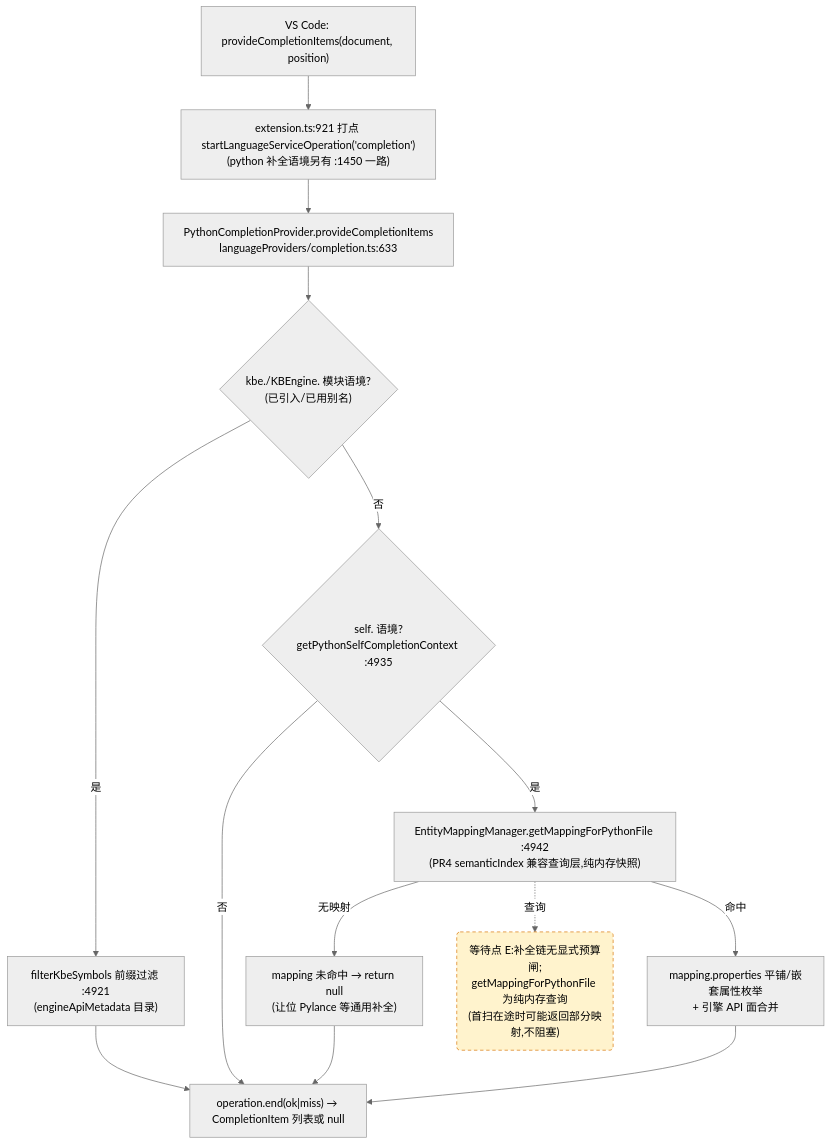
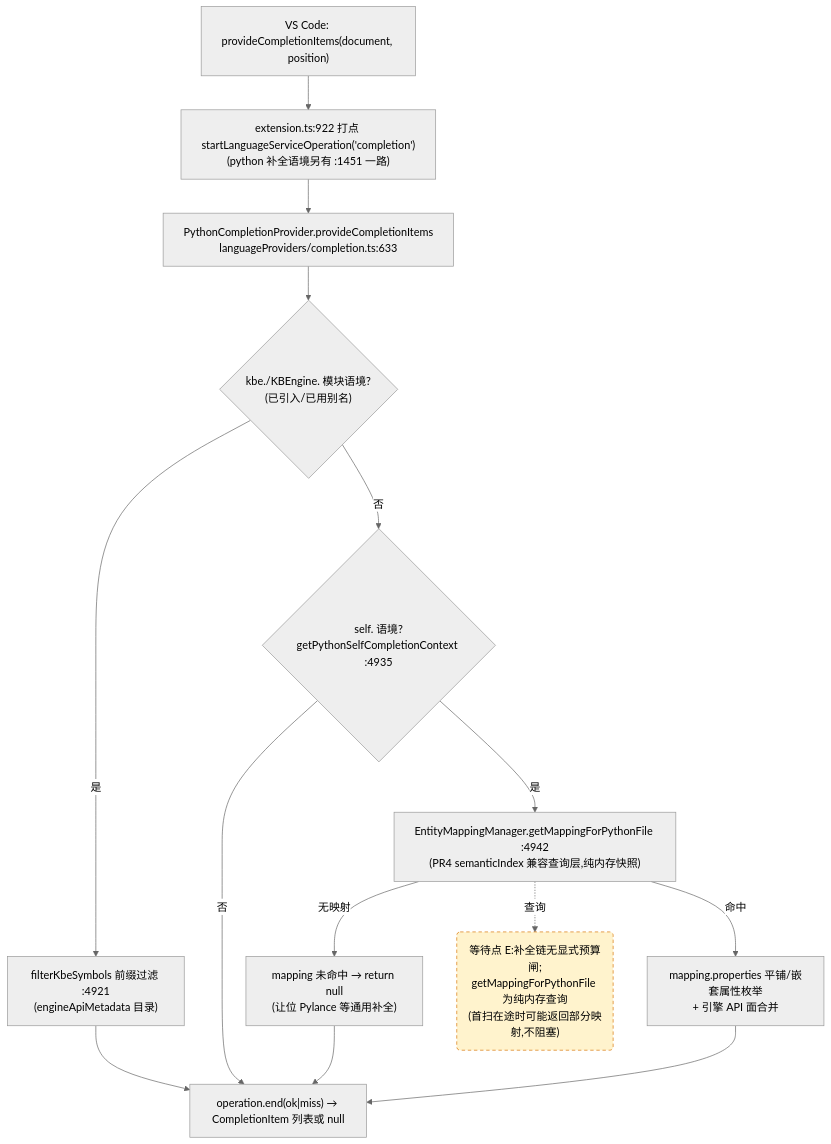
The third of 4 diagrams in docs/perf/2026-baseline.md (cuihairu/kode), drawn with Mermaid (neutral theme) before and after one commit. The commit also changed other lines of this file and 28 other files, not shown here.

````diff
--- a/docs/perf/2026-baseline.md
+++ b/docs/perf/2026-baseline.md
@@ -184,27 +184,27 @@
 ```mermaid
 flowchart TD
   VC3["VS Code: provideCompletionItems(document, position)"]
-  M3["extension.ts:921 打点 startLanguageServiceOperation('completion')<br/>(python 补全语境另有 :1450 一路)"]
+  M3["extension.ts:922 打点 startLanguageServiceOperation('completion')<br/>(python 补全语境另有 :1451 一路)"]
   CP["PythonCompletionProvider.provideCompletionItems<br/>languageProviders/completion.ts:633"]
   KBEC{"kbe./KBEngine. 模块语境?<br/>(已引入/已用别名)"}
   FILTER["filterKbeSymbols 前缀过滤 :4921<br/>(engineApiMetadata 目录)"]
   SELFC{"self. 语境?<br/>getPythonSelfCompletionContext :4935"}
   MAP["EntityMappingManager.getMappingForPythonFile :4942<br/>(PR4 semanticIndex 兼容查询层,纯内存快照)"]
   NOMAP["mapping 未命中 → return null<br/>(让位 Pylance 等通用补全)"]
   PROPS["mapping.properties 平铺/嵌套属性枚举<br/>+ 引擎 API 面合并"]
   END3["operation.end(ok|miss) → CompletionItem 列表或 null"]
 
   VC3 --> M3 --> CP --> KBEC
   KBEC -- "是" --> FILTER --> END3
   KBEC -- "否" --> SELFC
   SELFC -- "否" --> END3
   SELFC -- "是" --> MAP
   MAP -- "无映射" --> NOMAP --> END3
   MAP -- "命中" --> PROPS --> END3
 
   WAITE("等待点 E:补全链无显式预算闸;<br/>getMappingForPythonFile 为纯内存查询<br/>(首扫在途时可能返回部分映射,不阻塞)")
   MAP -.->|查询| WAITE
 
   classDef waitPoint fill:#fff3cd,stroke:#d97706,stroke-dasharray:5 4;
   class WAITE waitPoint;
 ```
````
